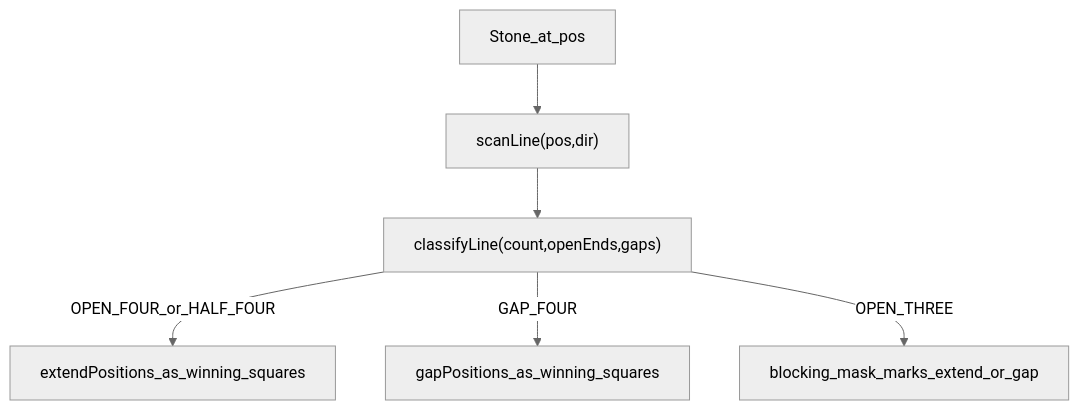
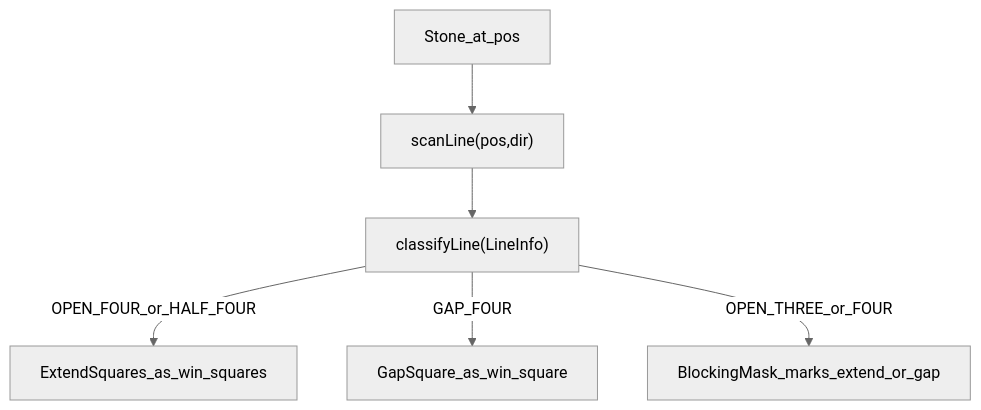
One commit to qb20nh/grr changed the sixth of 12 diagrams in docs/ai_movement_strategy.md. Above: the diagram before and after it, drawn with Mermaid (neutral theme). The commit also changed other lines of this file and 27 other files, not shown here.

````diff
--- a/docs/ai_movement_strategy.md
+++ b/docs/ai_movement_strategy.md
@@ -114,8 +130,8 @@
 ```mermaid
 flowchart TD
   stone["Stone_at_pos"] --> scan["scanLine(pos,dir)"]
-  scan --> classify["classifyLine(count,openEnds,gaps)"]
-  classify -->|OPEN_FOUR_or_HALF_FOUR| ext["extendPositions_as_winning_squares"]
-  classify -->|GAP_FOUR| gap["gapPositions_as_winning_squares"]
-  classify -->|OPEN_THREE| blocks["blocking_mask_marks_extend_or_gap"]
+  scan --> classify["classifyLine(LineInfo)"]
+  classify -->|OPEN_FOUR_or_HALF_FOUR| ext["ExtendSquares_as_win_squares"]
+  classify -->|GAP_FOUR| gap["GapSquare_as_win_square"]
+  classify -->|OPEN_THREE_or_FOUR| blocks["BlockingMask_marks_extend_or_gap"]
 ```
````
